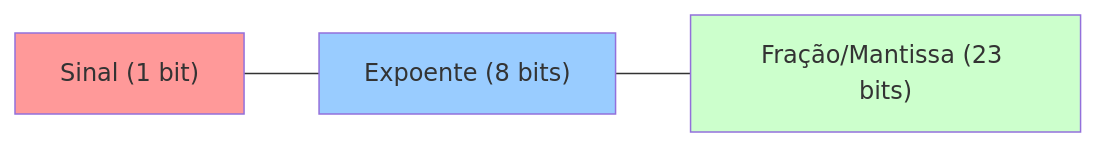
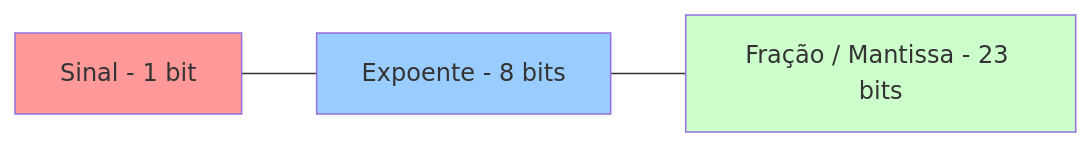
The diagram in docs/slides/slide-02.md (ricardotecpro/ads_extra_hardware_e_compiladores), drawn with Mermaid before and after one commit. The commit also changed 3 other files, not shown here.

Commit message:
docs: purifica diagramas mermaid de slide 02 e 05 removendo aspas e parenteses redundantes que quebravam RevealJS

````diff
--- a/docs/slides/slide-02.md
+++ b/docs/slides/slide-02.md
@@ -43,7 +43,7 @@
 ```mermaid
 flowchart LR
-    A["Sinal (1 bit)"] --- B["Expoente (8 bits)"] --- C["Fração/Mantissa (23 bits)"]
+    A[Sinal - 1 bit] --- B[Expoente - 8 bits] --- C[Fração / Mantissa - 23 bits]
     style A fill:#ff9999
     style B fill:#99ccff
     style C fill:#ccffcc
 ```
````
